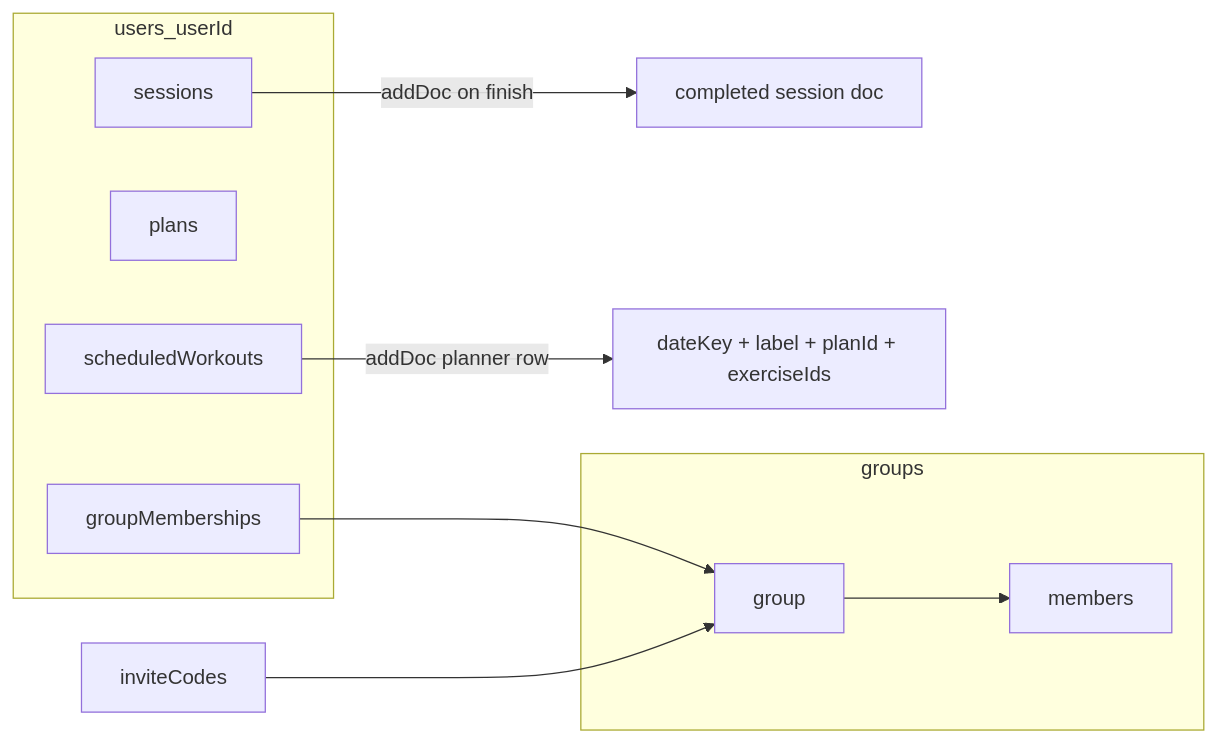
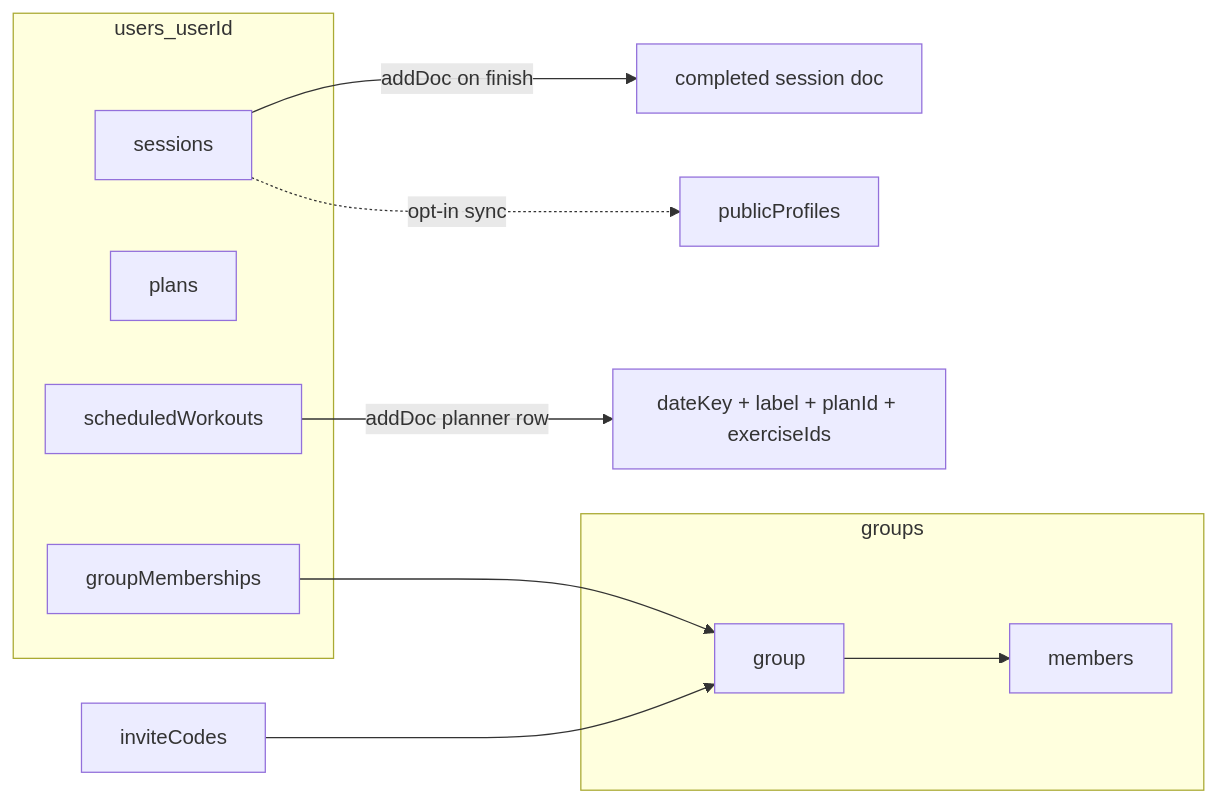
The diagram in docs/DATA_MODEL.md (ShaneRich5/built-daily), drawn with Mermaid before and after one commit. The commit also changed other lines of this file and 12 other files, not shown here.

````diff
--- a/docs/DATA_MODEL.md
+++ b/docs/DATA_MODEL.md
@@ -32,19 +38,21 @@
 ```mermaid
 flowchart LR
   subgraph userPath [users_userId]
     sessions[sessions]
     plans[plans]
     scheduled[scheduledWorkouts]
     memberships[groupMemberships]
   end
   subgraph groupsPath [groups]
     groupDoc[group]
     members[members]
   end
   inviteCodes[inviteCodes]
+  publicProfiles[publicProfiles]
   sessions -->|addDoc on finish| completed[completed session doc]
   scheduled -->|addDoc planner row| plannerRow[dateKey + label + planId + exerciseIds]
   memberships --> groupDoc
   inviteCodes --> groupDoc
   groupDoc --> members
+  sessions -.->|opt-in sync| publicProfiles
 ```
````
